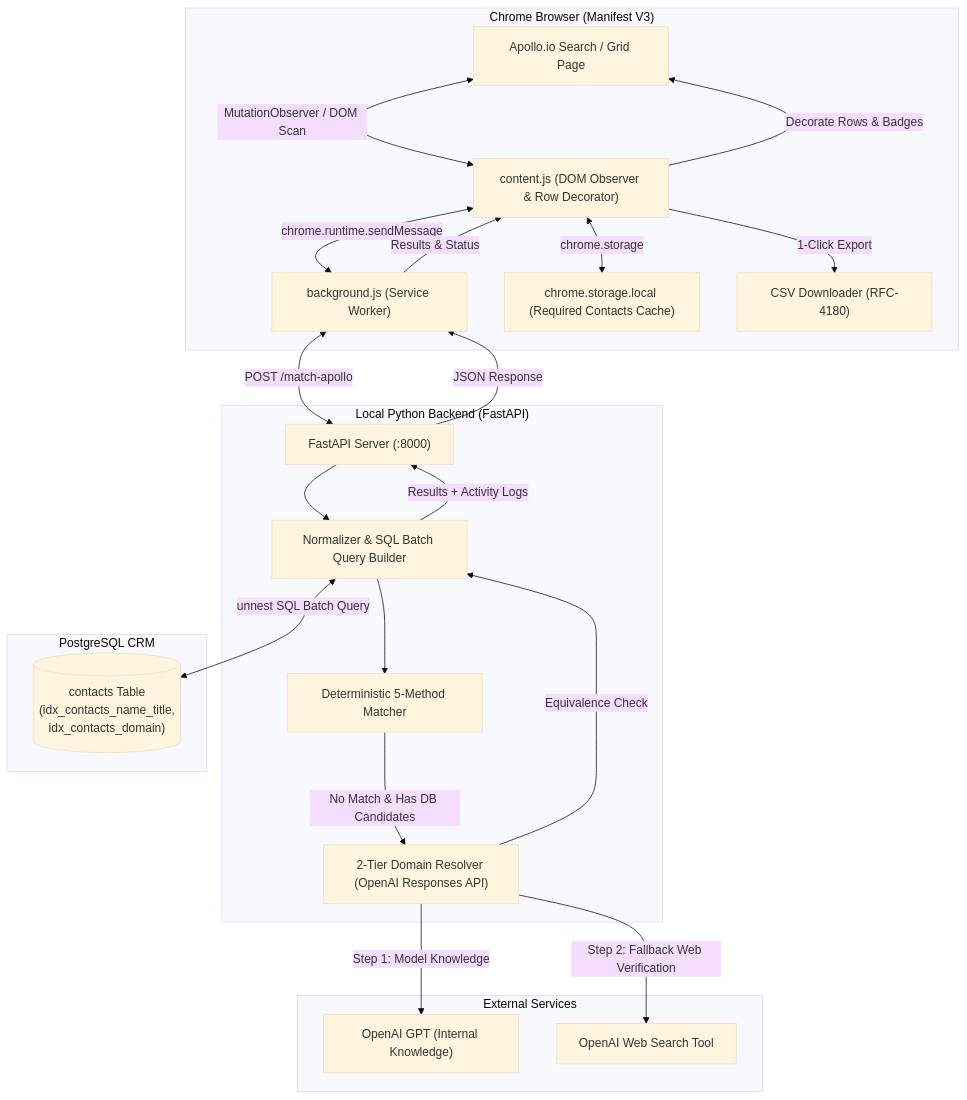
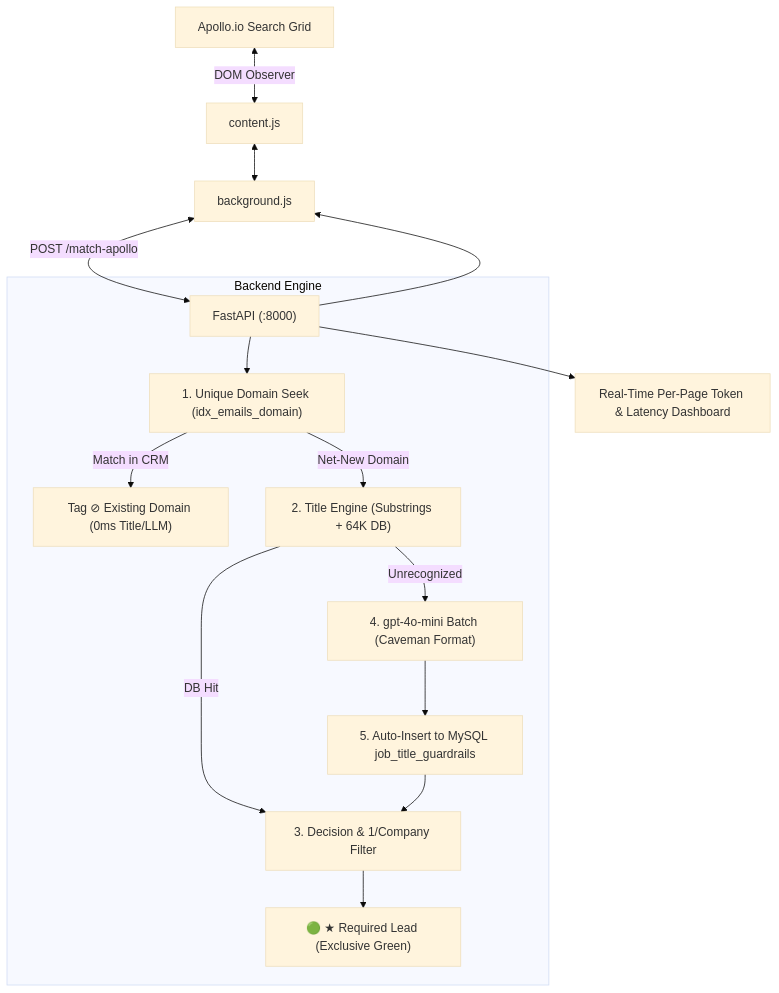
One commit to ArunK-Nestack/apollo_extension changed the diagram in README.md. Above: the diagram before and after it, drawn with Mermaid (base theme). The commit also changed other lines of this file and 9 other files, not shown here.

Commit message:
feat: implement backend API and browser extension for deterministic contact domain classification and CRM synchronization

````diff
--- a/README.md
+++ b/README.md
@@ -21,45 +26,20 @@
 ```mermaid
 flowchart TD
-    subgraph Browser ["Chrome Browser (Manifest V3)"]
-        ApolloUI["Apollo.io Search / Grid Page"]
-        ContentScript["content.js (DOM Observer & Row Decorator)"]
-        BackgroundWorker["background.js (Service Worker)"]
-        LocalStorage["chrome.storage.local (Required Contacts Cache)"]
-        ExportCSV["CSV Downloader (RFC-4180)"]
+    ApolloUI["Apollo.io Search Grid"] <--> |DOM Observer| ContentScript["content.js"]
+    ContentScript <--> BackgroundWorker["background.js"]
+    BackgroundWorker <--> |POST /match-apollo| FastAPI["FastAPI (:8000)"]
+    
+    subgraph Backend Engine
+        FastAPI --> UniqueDomainCheck["1. Unique Domain Seek (idx_emails_domain)"]
+        UniqueDomainCheck -- Match in CRM --> ExistingTag["Tag ⊘ Existing Domain (0ms Title/LLM)"]
+        UniqueDomainCheck -- Net-New Domain --> TitleEngine["2. Title Engine (Substrings + 64K DB)"]
+        TitleEngine -- DB Hit --> Decision["3. Decision & 1/Company Filter"]
+        TitleEngine -- Unrecognized --> LLMFallback["4. gpt-4o-mini Batch (Caveman Format)"]
+        LLMFallback --> DBAutoSave["5. Auto-Insert to MySQL job_title_guardrails"]
+        DBAutoSave --> Decision
+        Decision --> RequiredLeads["🟢 ★ Required Lead (Exclusive Green)"]
     end
-
-    subgraph Backend ["Local Python Backend (FastAPI)"]
-        FastAPI["FastAPI Server (:8000)"]
-        PreProcessor["Normalizer & SQL Batch Query Builder"]
-        DeterministicMatcher["Deterministic 5-Method Matcher"]
-        LLMResolver["2-Tier Domain Resolver (OpenAI Responses API)"]
-    end
-
-    subgraph Database ["PostgreSQL CRM"]
-        PostgresDB[("contacts Table\n(idx_contacts_name_title,\nidx_contacts_domain)")]
-    end
-
-    subgraph External ["External Services"]
-        OpenAI["OpenAI GPT (Internal Knowledge)"]
-        WebSearch["OpenAI Web Search Tool"]
-    end
-
-    ApolloUI <--> |MutationObserver / DOM Scan| ContentScript
-    ContentScript <--> |chrome.storage| LocalStorage
-    ContentScript --> |1-Click Export| ExportCSV
-    ContentScript <--> |chrome.runtime.sendMessage| BackgroundWorker
-    BackgroundWorker <--> |POST /match-apollo| FastAPI
-
-    FastAPI --> PreProcessor
-    PreProcessor <--> |unnest SQL Batch Query| PostgresDB
-    PreProcessor --> DeterministicMatcher
-
-    DeterministicMatcher -- No Match & Has DB Candidates --> LLMResolver
-    LLMResolver --> |Step 1: Model Knowledge| OpenAI
-    LLMResolver --> |Step 2: Fallback Web Verification| WebSearch
-    LLMResolver --> |Equivalence Check| PreProcessor
-    PreProcessor --> |Results + Activity Logs| FastAPI
-    FastAPI --> |JSON Response| BackgroundWorker
-    BackgroundWorker --> |Results & Status| ContentScript
-    ContentScript --> |Decorate Rows & Badges| ApolloUI
+    
+    FastAPI --> PerPageDashboard["Real-Time Per-Page Token & Latency Dashboard"]
+    FastAPI --> BackgroundWorker
 ```
````
